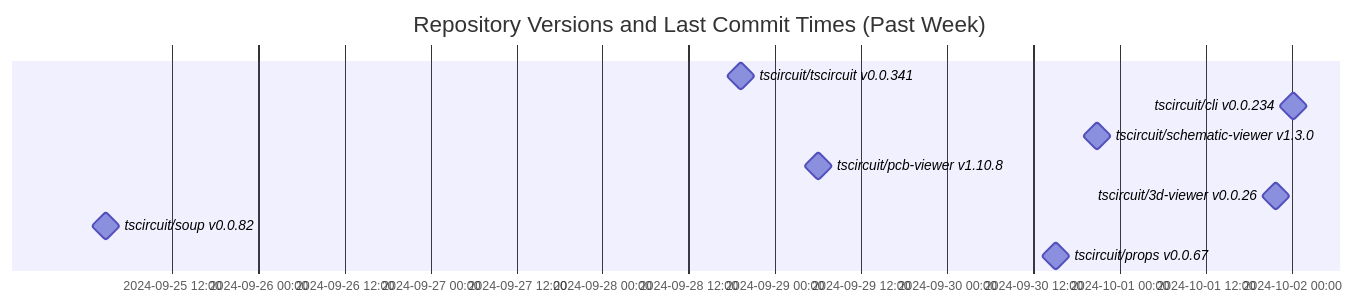
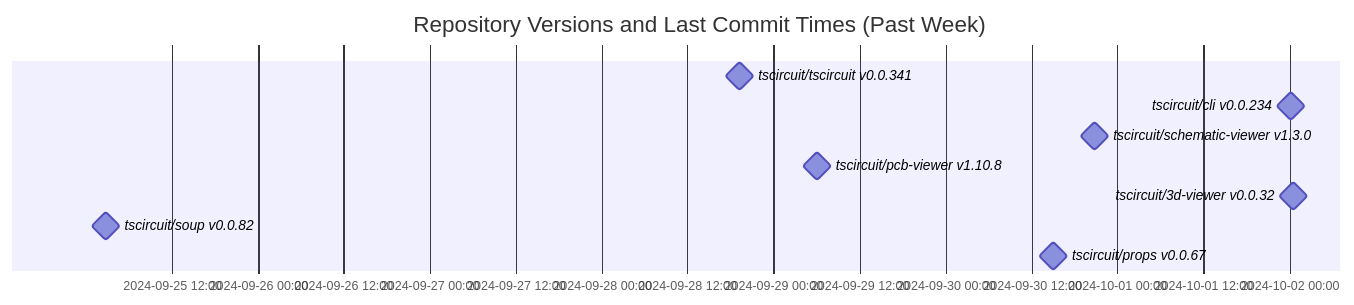
The diagram in README.md (tscircuit/version-tracker), drawn with Mermaid before and after one commit.

Commit message:
Update chart

````diff
--- a/README.md
+++ b/README.md
@@ -1,14 +1,14 @@
 ```mermaid
 gantt
   dateFormat  YYYY-MM-DD HH:mm:ss
   title Repository Versions and Last Commit Times (Past Week)
   axisFormat %Y-%m-%d %H:%M
 
   tscircuit/tscircuit v0.0.341 : milestone, 2024-09-28 19:18:49, 1s
   tscircuit/cli v0.0.234 : milestone, 2024-10-02 00:10:41, 1s
   tscircuit/schematic-viewer v1.3.0 : milestone, 2024-09-30 20:50:04, 1s
   tscircuit/pcb-viewer v1.10.8 : milestone, 2024-09-29 06:04:46, 1s
-  tscircuit/3d-viewer v0.0.26 : milestone, 2024-10-01 21:45:26, 1s
+  tscircuit/3d-viewer v0.0.32 : milestone, 2024-10-02 00:30:55, 1s
   tscircuit/soup v0.0.82 : milestone, 2024-09-25 02:48:20, 1s
   tscircuit/props v0.0.67 : milestone, 2024-09-30 15:06:17, 1s
 ```
````
